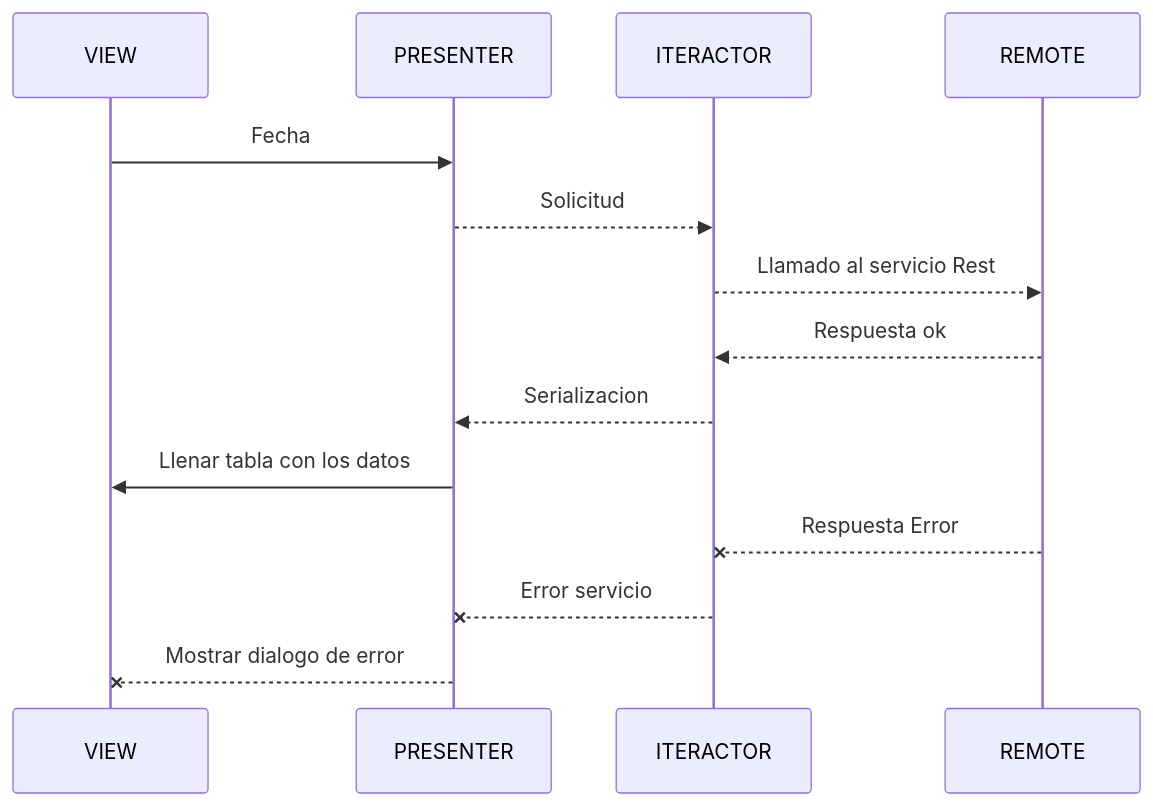
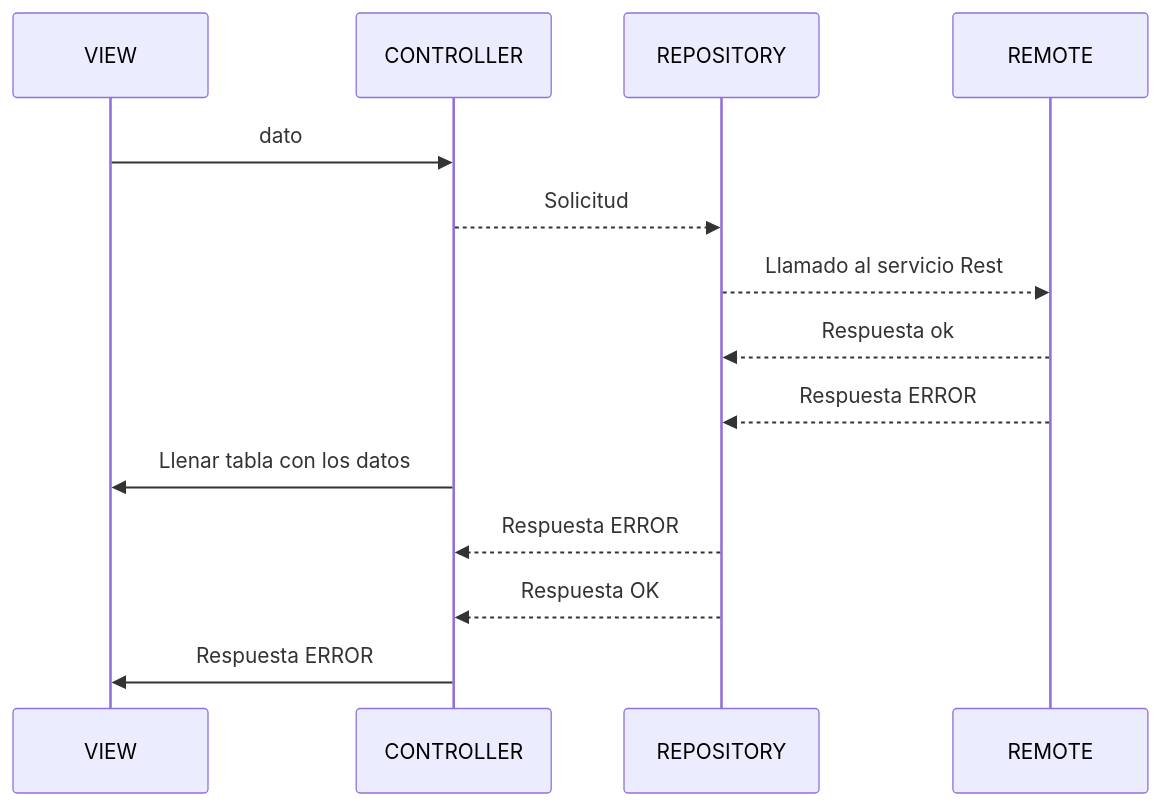
Before and after one commit to fiiss/mercadoLibreDev: the second of 2 diagrams in README.md, drawn with Mermaid. The commit also changed other lines of this file, not shown here.

````diff
--- a/README.md
+++ b/README.md
@@ -57,14 +61,12 @@
-```mermaid
-
-sequenceDiagram
-VIEW ->> PRESENTER: Fecha
-PRESENTER-->>ITERACTOR: Solicitud
-
-ITERACTOR-->> REMOTE: Llamado al servicio Rest
-REMOTE-->> ITERACTOR: Respuesta ok
-ITERACTOR-->> PRESENTER: Serializacion
-PRESENTER ->> VIEW: Llenar tabla con los datos
-REMOTE--x ITERACTOR: Respuesta Error
-ITERACTOR--x PRESENTER: Error servicio
-PRESENTER --x VIEW: Mostrar dialogo de error
-```
+```mermaid  
+sequenceDiagram  
+VIEW ->> CONTROLLER: dato  
+CONTROLLER-->>REPOSITORY: Solicitud  
+REPOSITORY -->> REMOTE: Llamado al servicio Rest  
+REMOTE -->> REPOSITORY: Respuesta ok  
+REMOTE -->> REPOSITORY: Respuesta ERROR 
+CONTROLLER ->> VIEW: Llenar tabla con los datos  
+REPOSITORY -->> CONTROLLER: Respuesta ERROR
+REPOSITORY -->> CONTROLLER: Respuesta OK  
+CONTROLLER ->> VIEW: Respuesta ERROR
+```  
````
